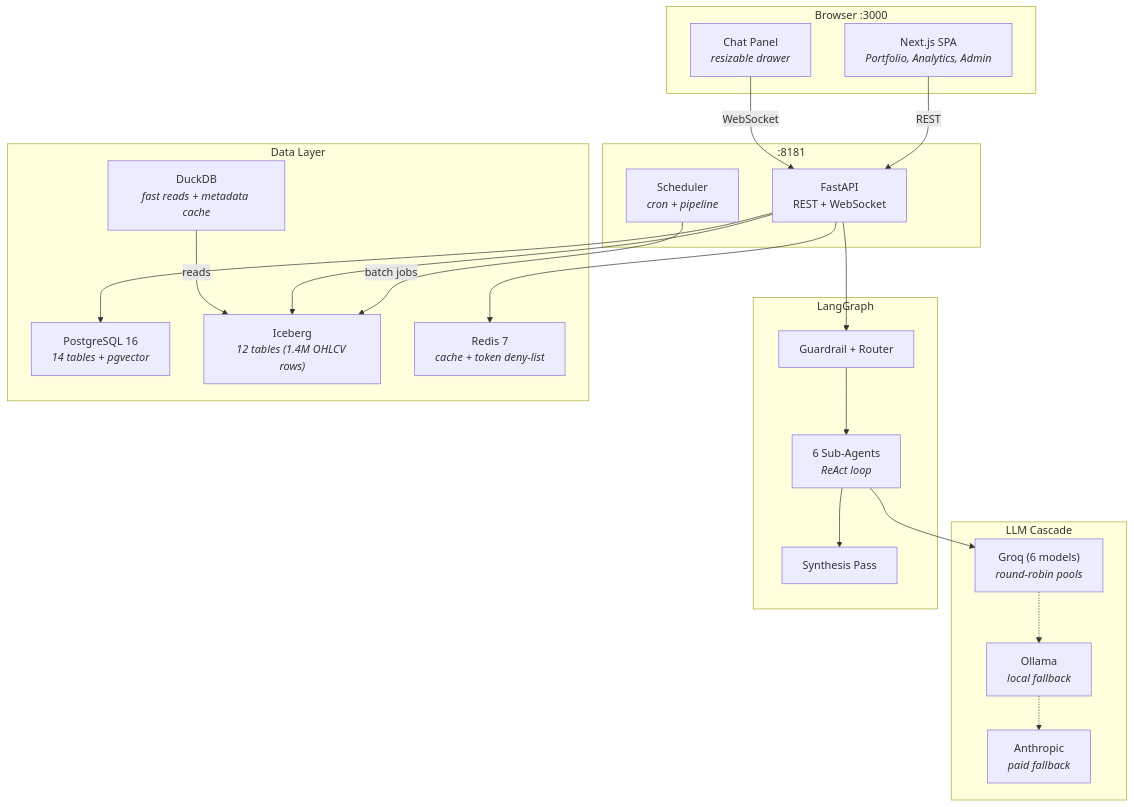
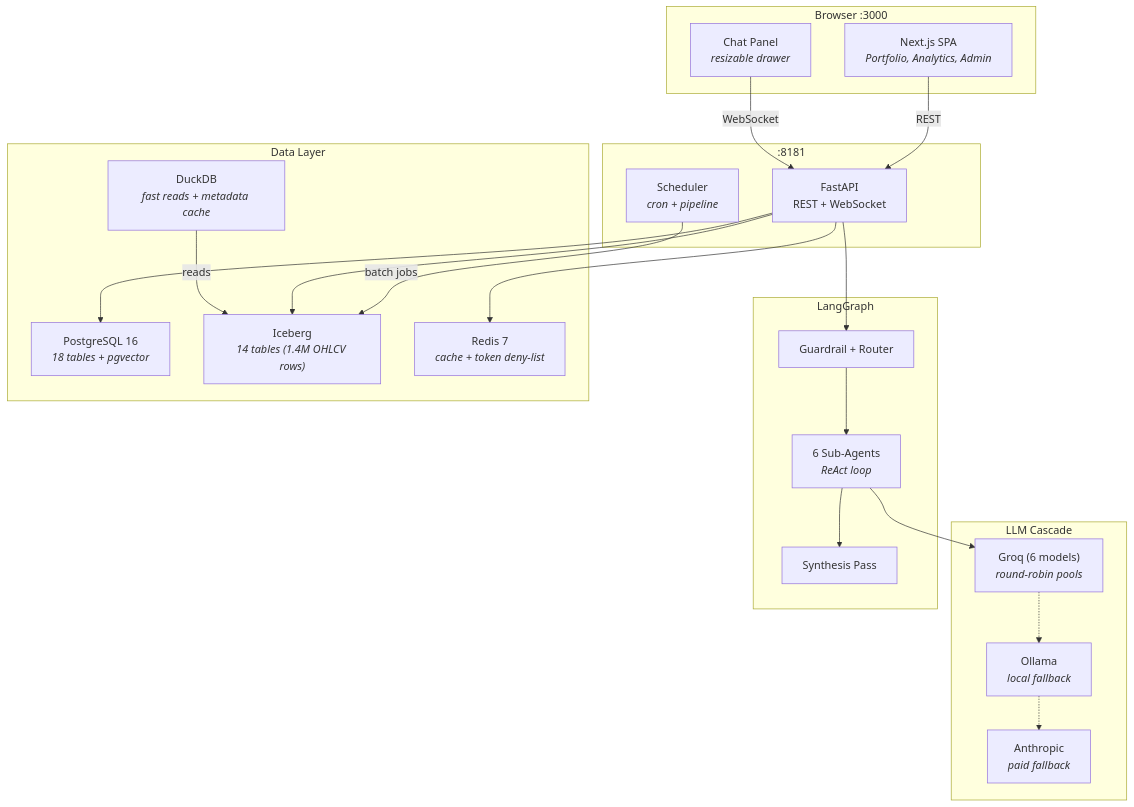
One commit to asequitytrading-design/ai-agent-ui changed the first of 4 diagrams in README.md. Above: the diagram before and after it, drawn with Mermaid. The commit also changed other lines of this file and 24 other files, not shown here.

````diff
--- a/README.md
+++ b/README.md
@@ -74,39 +76,39 @@
 ```mermaid
 graph TD
     subgraph Browser["Browser :3000"]
         UI["Next.js SPA<br/><i>Portfolio, Analytics, Admin</i>"]
         Chat["Chat Panel<br/><i>resizable drawer</i>"]
     end
 
     subgraph Backend[":8181"]
         API["FastAPI<br/>REST + WebSocket"]
         SCH["Scheduler<br/><i>cron + pipeline</i>"]
     end
 
     subgraph LLM["LLM Cascade"]
         GROQ["Groq (6 models)<br/><i>round-robin pools</i>"]
         OLL["Ollama<br/><i>local fallback</i>"]
         ANT["Anthropic<br/><i>paid fallback</i>"]
     end
 
     subgraph Agents["LangGraph"]
         GD["Guardrail + Router"]
         SA["6 Sub-Agents<br/><i>ReAct loop</i>"]
         SYN["Synthesis Pass"]
     end
 
     subgraph Data["Data Layer"]
-        PG["PostgreSQL 16<br/><i>14 tables + pgvector</i>"]
-        IC["Iceberg<br/><i>12 tables (1.4M OHLCV rows)</i>"]
+        PG["PostgreSQL 16<br/><i>18 tables + pgvector</i>"]
+        IC["Iceberg<br/><i>14 tables (1.4M OHLCV rows)</i>"]
         DK["DuckDB<br/><i>fast reads + metadata cache</i>"]
         RD["Redis 7<br/><i>cache + token deny-list</i>"]
     end
 
     UI -->|REST| API
     Chat -->|WebSocket| API
     API --> GD --> SA --> SYN
     SA --> GROQ -.-> OLL -.-> ANT
     SCH -->|batch jobs| IC
     API --> PG & IC & RD
     DK -->|reads| IC
 ```
````
